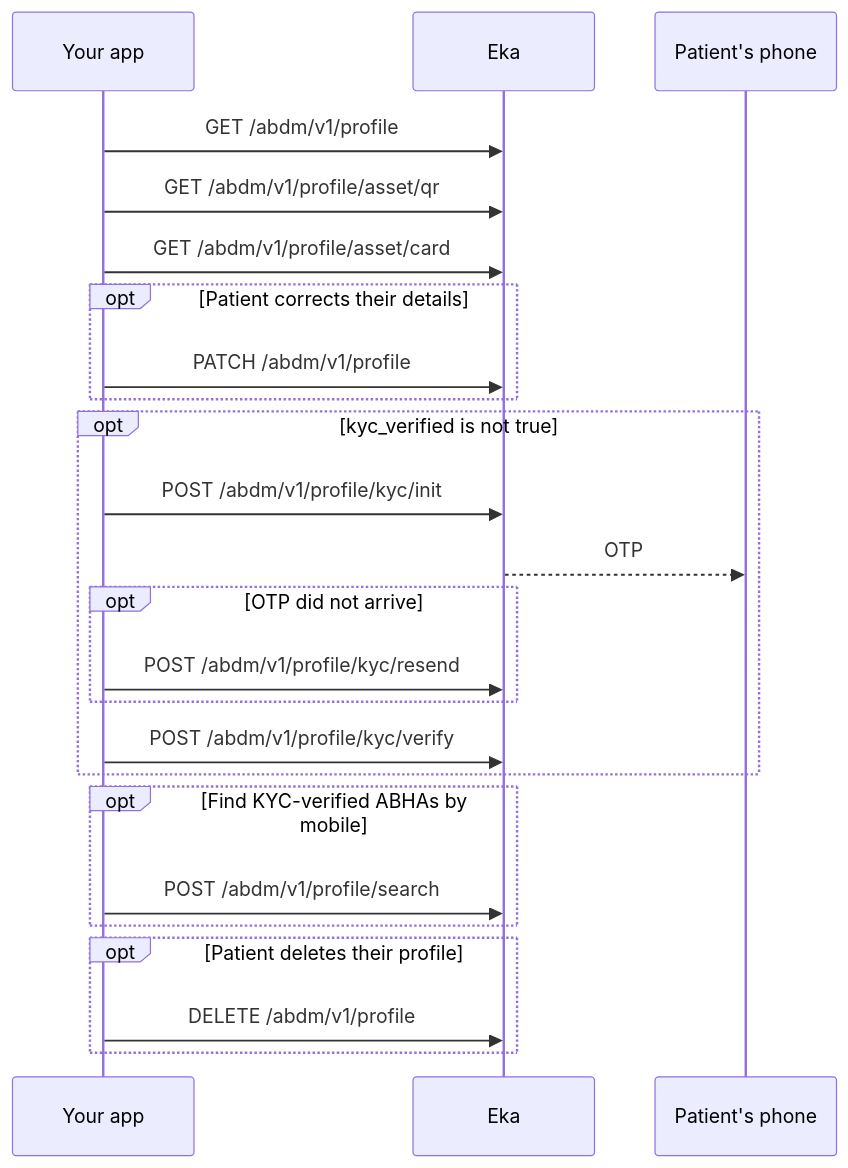
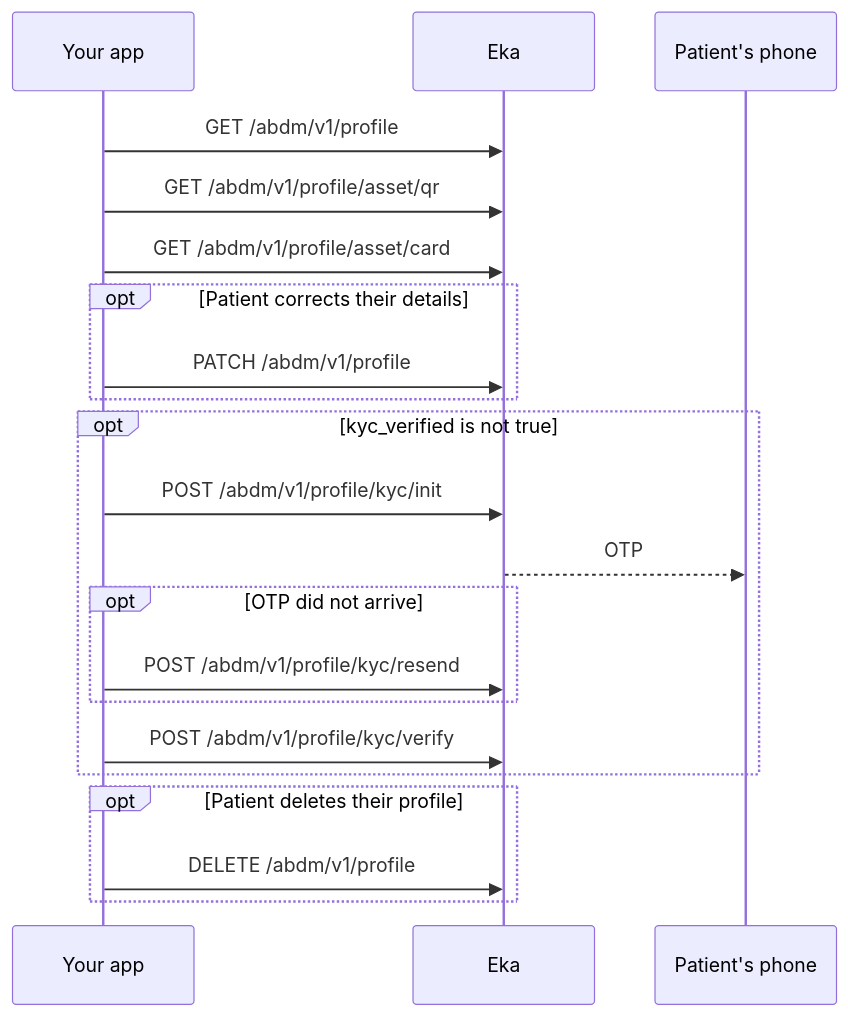
One commit to eka-care/eka-docs changed the diagram in api-reference/user-app/abdm-connect/workflows/manage-profile-and-kyc.mdx. Above: the diagram before and after it, drawn with Mermaid. The commit also changed other lines of this file and 266 other files, not shown here.

````diff
--- a/api-reference/user-app/abdm-connect/workflows/manage-profile-and-kyc.mdx
+++ b/api-reference/user-app/abdm-connect/workflows/manage-profile-and-kyc.mdx
@@ -34,26 +46,23 @@
 ```mermaid
 sequenceDiagram
   participant App as Your app
   participant Eka
   participant Patient as Patient's phone
   App->>Eka: GET /abdm/v1/profile
   App->>Eka: GET /abdm/v1/profile/asset/qr
   App->>Eka: GET /abdm/v1/profile/asset/card
   opt Patient corrects their details
     App->>Eka: PATCH /abdm/v1/profile
   end
   opt kyc_verified is not true
     App->>Eka: POST /abdm/v1/profile/kyc/init
     Eka-->>Patient: OTP
     opt OTP did not arrive
       App->>Eka: POST /abdm/v1/profile/kyc/resend
     end
     App->>Eka: POST /abdm/v1/profile/kyc/verify
   end
-  opt Find KYC-verified ABHAs by mobile
-    App->>Eka: POST /abdm/v1/profile/search
-  end
   opt Patient deletes their profile
     App->>Eka: DELETE /abdm/v1/profile
   end
 ```
````
